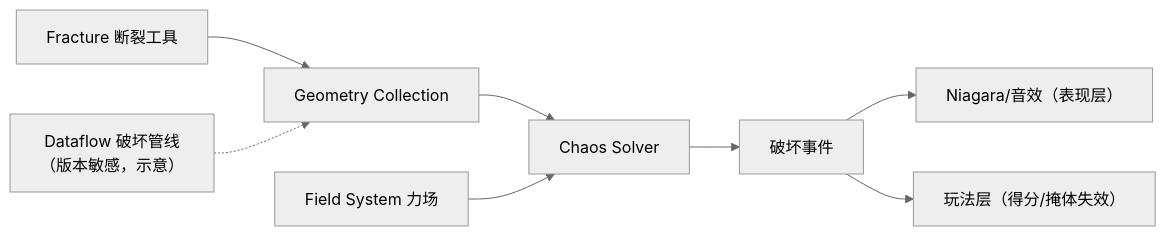
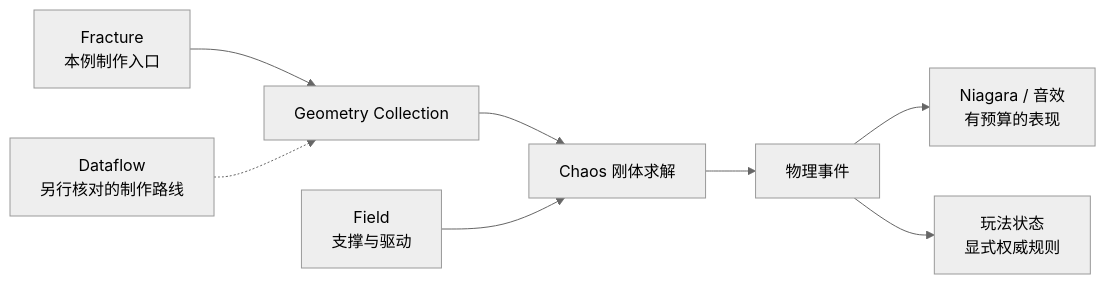
One commit to fantuan812/learning changed the third of 3 diagrams in 知识/04-图形动画与物理仿真/物理求解与动力学/05-Chaos破坏系统与Field.md. Above: the diagram before and after it, drawn with Mermaid (neutral theme). The commit also changed other lines of this file and 2 other files, not shown here.

````diff
--- a/知识/04-图形动画与物理仿真/物理求解与动力学/05-Chaos破坏系统与Field.md
+++ b/知识/04-图形动画与物理仿真/物理求解与动力学/05-Chaos破坏系统与Field.md
@@ -206,10 +356,10 @@
 ```mermaid
 flowchart LR
-    FR["Fracture 断裂工具"] --> GC["Geometry Collection"]
-    GC --> SOL["Chaos Solver"]
-    FLD["Field System 力场"] --> SOL
-    SOL --> EV["破坏事件"]
-    EV --> FX["Niagara/音效（表现层）"]
-    EV --> GM["玩法层（得分/掩体失效）"]
-    DF["Dataflow 破坏管线<br/>（版本敏感，示意）"] -.-> GC
+    FR["Fracture<br/>本例制作入口"] --> GC["Geometry Collection"]
+    GC --> SOL["Chaos 刚体求解"]
+    FLD["Field<br/>支撑与驱动"] --> SOL
+    SOL --> EV["物理事件"]
+    EV --> FX["Niagara / 音效<br/>有预算的表现"]
+    EV --> GM["玩法状态<br/>显式权威规则"]
+    DF["Dataflow<br/>另行核对的制作路线"] -.-> GC
 ```
````
